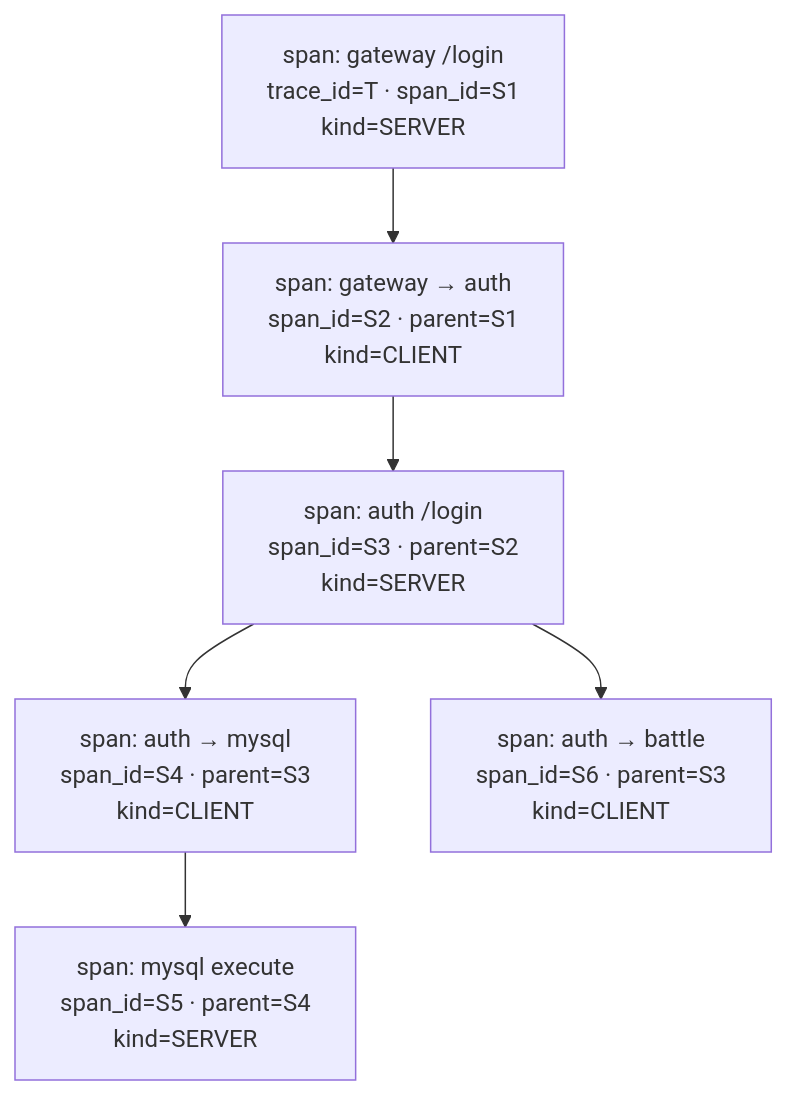
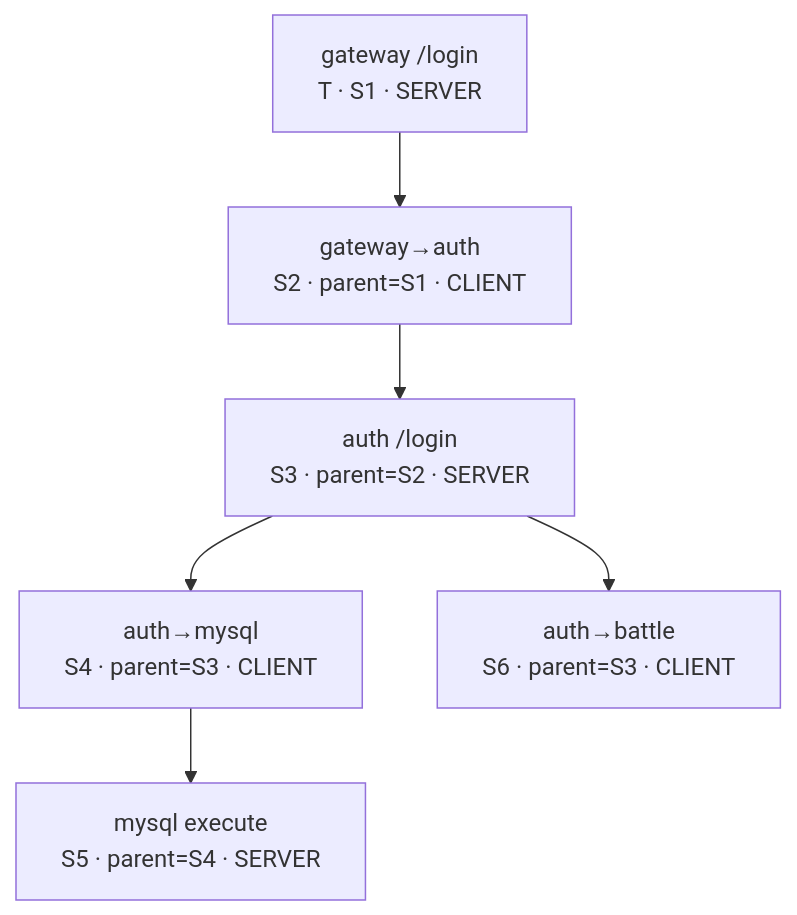
The second of 6 diagrams in 09-可观测性与SRE方法论/05-链路追踪与OpenTelemetry/知识点.md (ml-cuizijun/LearnToLilith), drawn with Mermaid before and after one commit. The commit also changed other lines of this file and 178 other files, not shown here.

````diff
--- a/09-可观测性与SRE方法论/05-链路追踪与OpenTelemetry/知识点.md
+++ b/09-可观测性与SRE方法论/05-链路追踪与OpenTelemetry/知识点.md
@@ -172,9 +142,9 @@
 ```mermaid
 flowchart TD
-    ROOT["span: gateway /login<br/>trace_id=T · span_id=S1<br/>kind=SERVER"]
-    ROOT --> A["span: gateway → auth<br/>span_id=S2 · parent=S1<br/>kind=CLIENT"]
-    A --> B["span: auth /login<br/>span_id=S3 · parent=S2<br/>kind=SERVER"]
-    B --> C["span: auth → mysql<br/>span_id=S4 · parent=S3<br/>kind=CLIENT"]
-    C --> D["span: mysql execute<br/>span_id=S5 · parent=S4<br/>kind=SERVER"]
-    B --> E["span: auth → battle<br/>span_id=S6 · parent=S3<br/>kind=CLIENT"]
+    ROOT["gateway /login<br/>T · S1 · SERVER"]
+    ROOT --> A["gateway→auth<br/>S2 · parent=S1 · CLIENT"]
+    A --> B["auth /login<br/>S3 · parent=S2 · SERVER"]
+    B --> C["auth→mysql<br/>S4 · parent=S3 · CLIENT"]
+    C --> D["mysql execute<br/>S5 · parent=S4 · SERVER"]
+    B --> E["auth→battle<br/>S6 · parent=S3 · CLIENT"]
 ```
````
